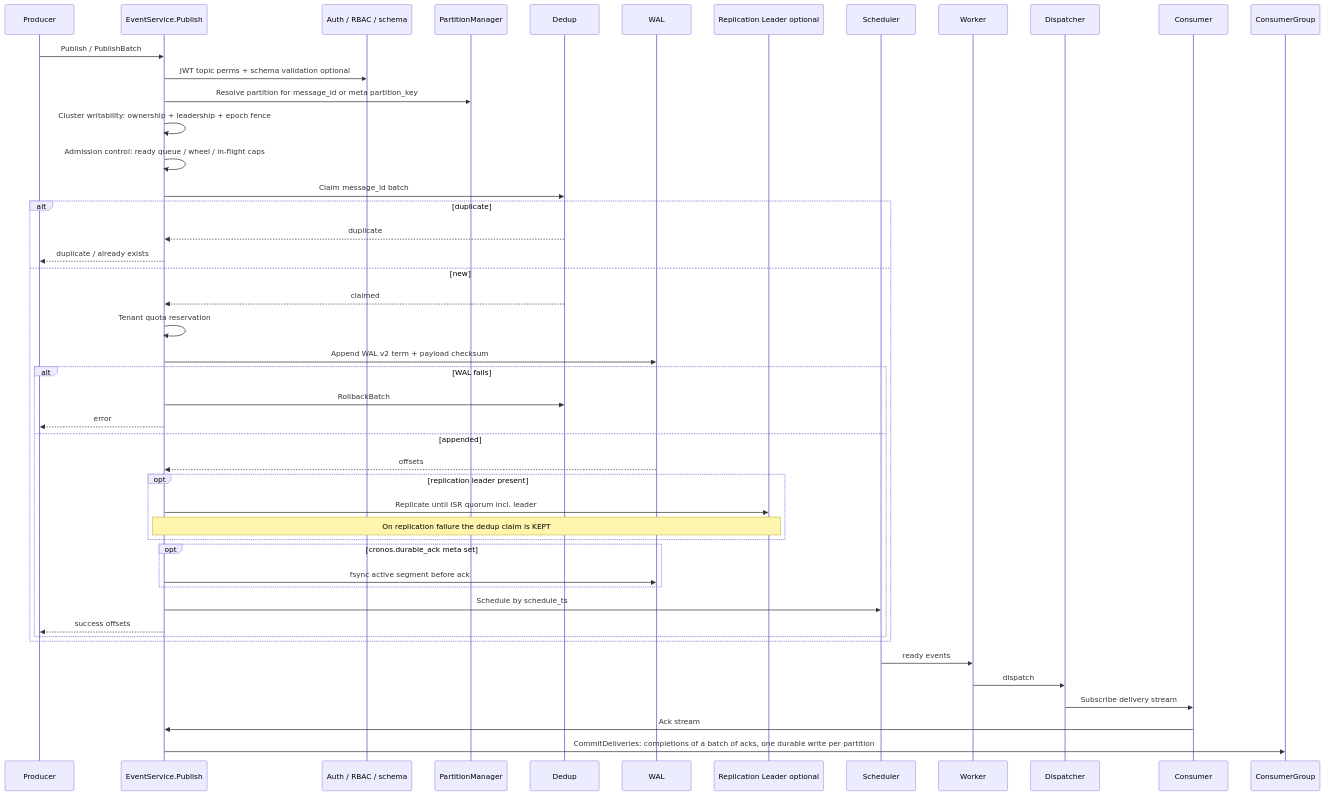
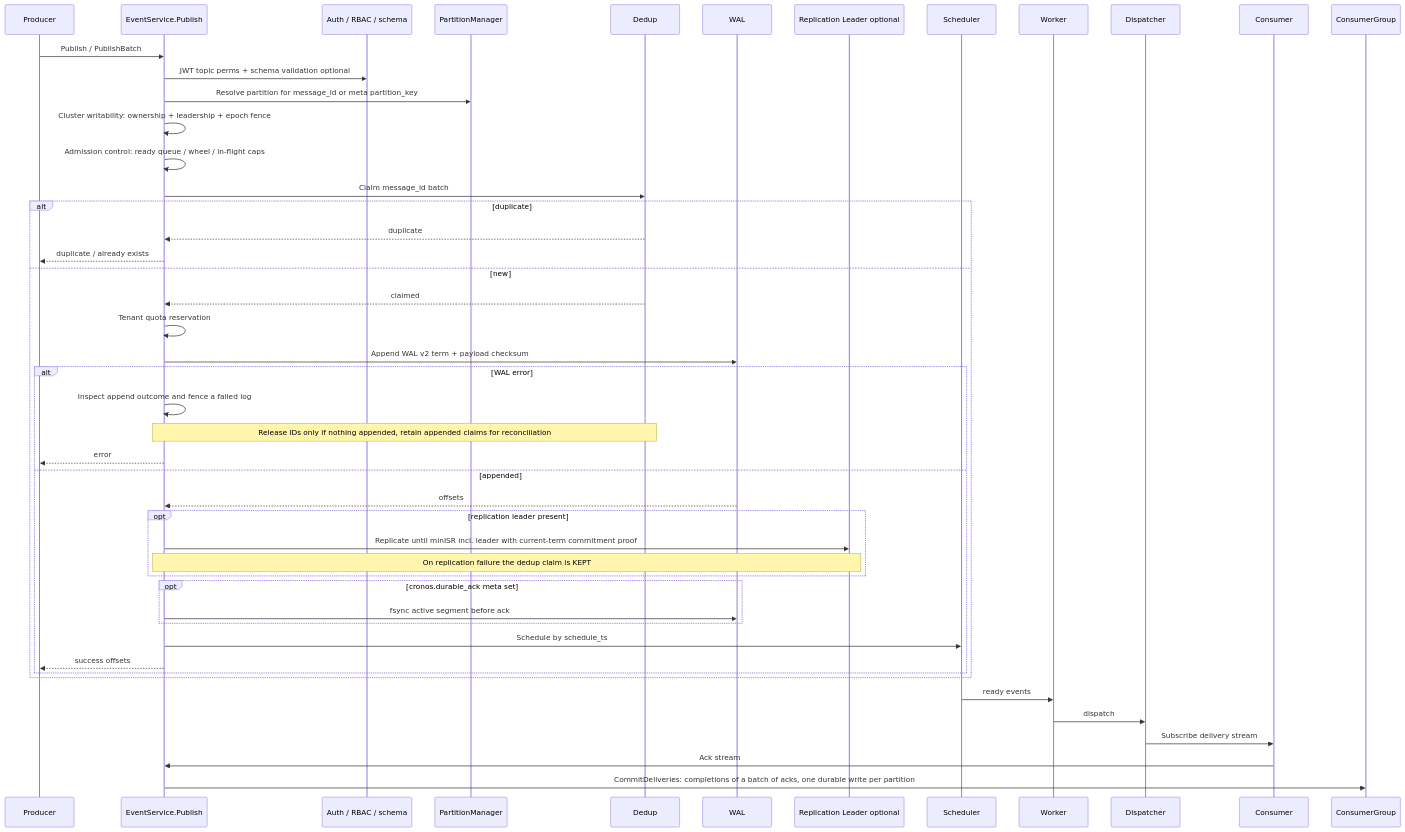
Before and after one commit to jatin711-debug/cronos_db_golang: the diagram in docs/architecture/features/api.md, drawn with Mermaid. The commit also changed other lines of this file and 39 other files, not shown here.

````diff
--- a/docs/architecture/features/api.md
+++ b/docs/architecture/features/api.md
@@ -75,51 +86,52 @@
 ```mermaid
 sequenceDiagram
     participant Producer
     participant API as EventService.Publish
     participant Auth as Auth / RBAC / schema
     participant PM as PartitionManager
     participant Dedup
     participant WAL
     participant Repl as Replication Leader optional
     participant Scheduler
     participant Worker
     participant Dispatcher
     participant Consumer
     participant Group as ConsumerGroup
 
     Producer->>API: Publish / PublishBatch
     API->>Auth: JWT topic perms + schema validation optional
     API->>PM: Resolve partition for message_id or meta partition_key
     API->>API: Cluster writability: ownership + leadership + epoch fence
     API->>API: Admission control: ready queue / wheel / in-flight caps
     API->>Dedup: Claim message_id batch
     alt duplicate
       Dedup-->>API: duplicate
       API-->>Producer: duplicate / already exists
     else new
       Dedup-->>API: claimed
       API->>API: Tenant quota reservation
       API->>WAL: Append WAL v2 term + payload checksum
-      alt WAL fails
-        API->>Dedup: RollbackBatch
+      alt WAL error
+        API->>API: Inspect append outcome and fence a failed log
+        Note over API,Dedup: Release IDs only if nothing appended, retain appended claims for reconciliation
         API-->>Producer: error
       else appended
         WAL-->>API: offsets
         opt replication leader present
-          API->>Repl: Replicate until ISR quorum incl. leader
+          API->>Repl: Replicate until minISR incl. leader with current-term commitment proof
           Note over API,Repl: On replication failure the dedup claim is KEPT
         end
         opt cronos.durable_ack meta set
           API->>WAL: fsync active segment before ack
         end
         API->>Scheduler: Schedule by schedule_ts
         API-->>Producer: success offsets
       end
     end
 
     Scheduler->>Worker: ready events
     Worker->>Dispatcher: dispatch
     Dispatcher->>Consumer: Subscribe delivery stream
     Consumer->>API: Ack stream
     API->>Group: CommitDeliveries: completions of a batch of acks, one durable write per partition
 ```
````
